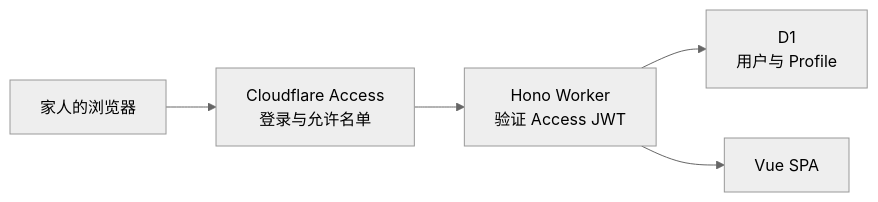
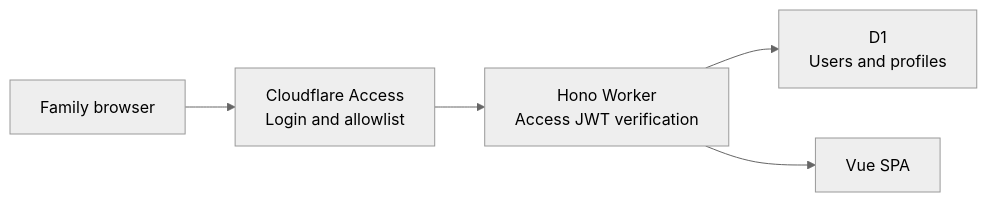
One commit to txchen/simple_cfw_template changed the diagram in README.md. Above: the diagram before and after it, drawn with Mermaid (neutral theme). The commit also changed other lines of this file and 11 other files, not shown here.

````diff
--- a/README.md
+++ b/README.md
@@ -13,7 +13,7 @@
 ```mermaid
 flowchart LR
-    Browser["家人的浏览器"] --> Access["Cloudflare Access<br/>登录与允许名单"]
-    Access --> Worker["Hono Worker<br/>验证 Access JWT"]
-    Worker --> D1["D1<br/>用户与 Profile"]
+    Browser["Family browser"] --> Access["Cloudflare Access<br/>Login and allowlist"]
+    Access --> Worker["Hono Worker<br/>Access JWT verification"]
+    Worker --> D1["D1<br/>Users and profiles"]
     Worker --> Vue["Vue SPA"]
 ```
````
